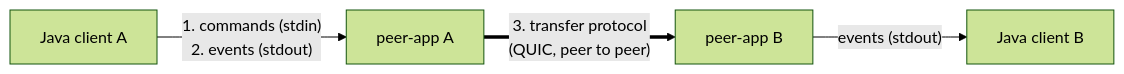
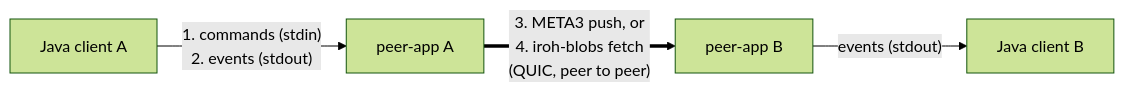
Before and after one commit to shobhit157/Aperture: the first of 5 diagrams in docs/peer-app-protocol.md, drawn with Mermaid (forest theme). The commit also changed other lines of this file, not shown here.

First line of the commit message:
Enhanced peer-app protocol documentation

````diff
--- a/docs/peer-app-protocol.md
+++ b/docs/peer-app-protocol.md
@@ -11,6 +12,6 @@
 ```mermaid
 flowchart LR
   J1[Java client A] -- "1. commands (stdin)<br/>2. events (stdout)" --> P1[peer-app A]
-  P1 == "3. transfer protocol<br/>(QUIC, peer to peer)" ==> P2[peer-app B]
+  P1 == "3. META3 push, or<br/>4. iroh-blobs fetch<br/>(QUIC, peer to peer)" ==> P2[peer-app B]
   P2 -- "events (stdout)" --> J2[Java client B]
 ```
````
